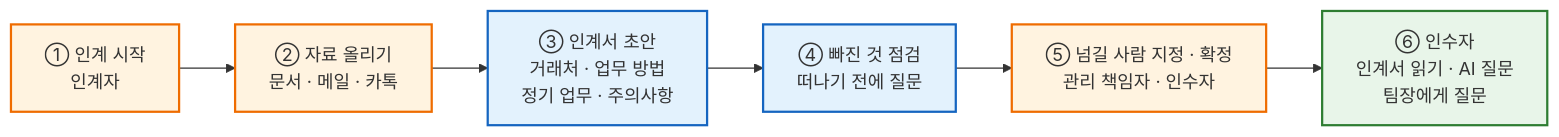
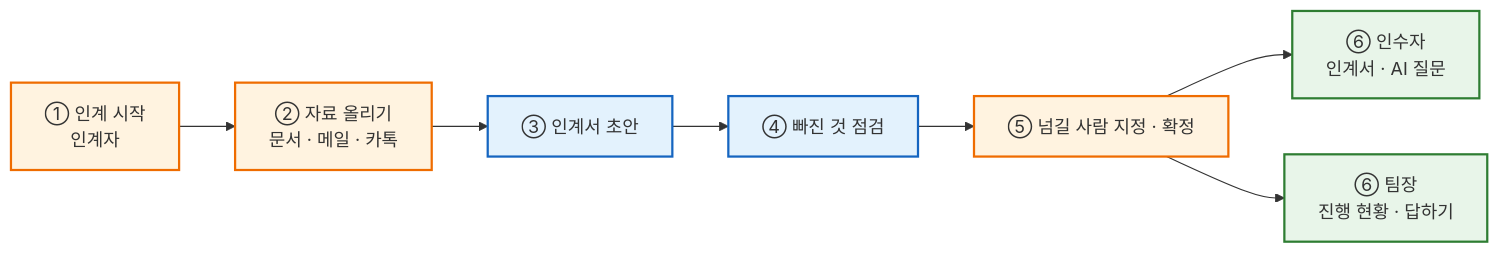
The first of 2 diagrams in baton-plus/README.md (2BeeDevStudio/portfolio), drawn with Mermaid before and after one commit. The commit also changed other lines of this file and 18 other files, not shown here.

````diff
--- a/baton-plus/README.md
+++ b/baton-plus/README.md
@@ -30,12 +34,13 @@
 ```mermaid
 graph LR
     classDef giver fill:#fff3e0,stroke:#ef6c00,stroke-width:2px
     classDef ai fill:#e3f2fd,stroke:#1565c0,stroke-width:2px
     classDef taker fill:#e8f5e9,stroke:#2e7d32,stroke-width:2px
 
     A["① 인계 시작<br>인계자"]:::giver --> B["② 자료 올리기<br>문서 · 메일 · 카톡"]:::giver
-    B --> C["③ 인계서 초안<br>거래처 · 업무 방법<br>정기 업무 · 주의사항"]:::ai
-    C --> D["④ 빠진 것 점검<br>떠나기 전에 질문"]:::ai
-    D --> E["⑤ 넘길 사람 지정 · 확정<br>관리 책임자 · 인수자"]:::giver
-    E --> F["⑥ 인수자<br>인계서 읽기 · AI 질문<br>팀장에게 질문"]:::taker
+    B --> C["③ 인계서 초안"]:::ai
+    C --> D["④ 빠진 것 점검"]:::ai
+    D --> E["⑤ 넘길 사람 지정 · 확정"]:::giver
+    E --> F["⑥ 인수자<br>인계서 · AI 질문"]:::taker
+    E --> G["⑥ 팀장<br>진행 현황 · 답하기"]:::taker
 ```
````
